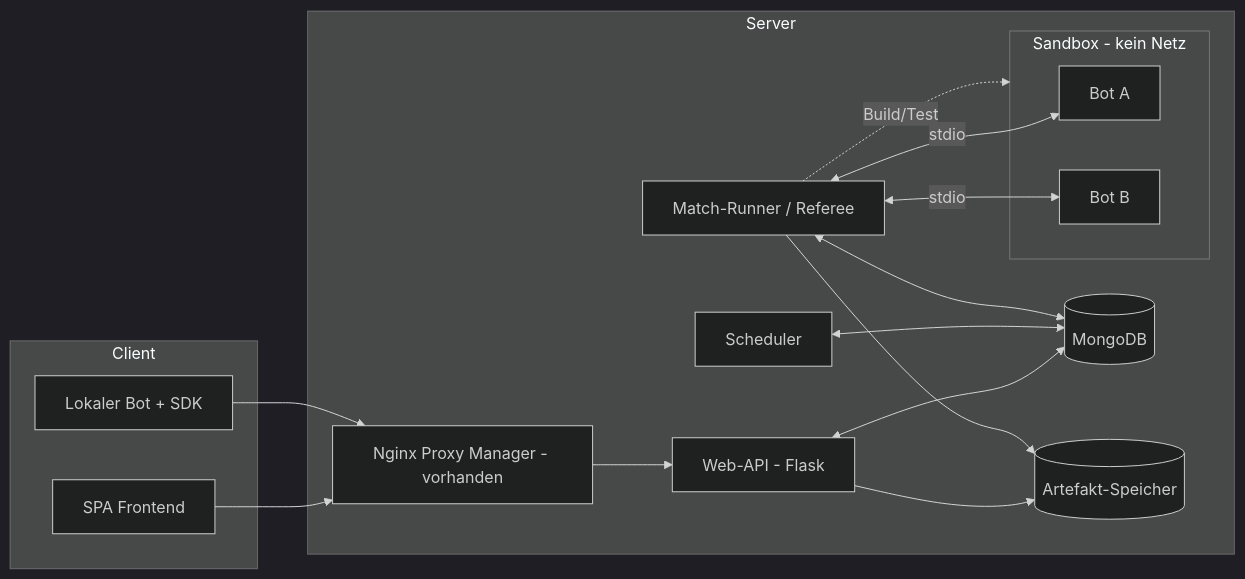
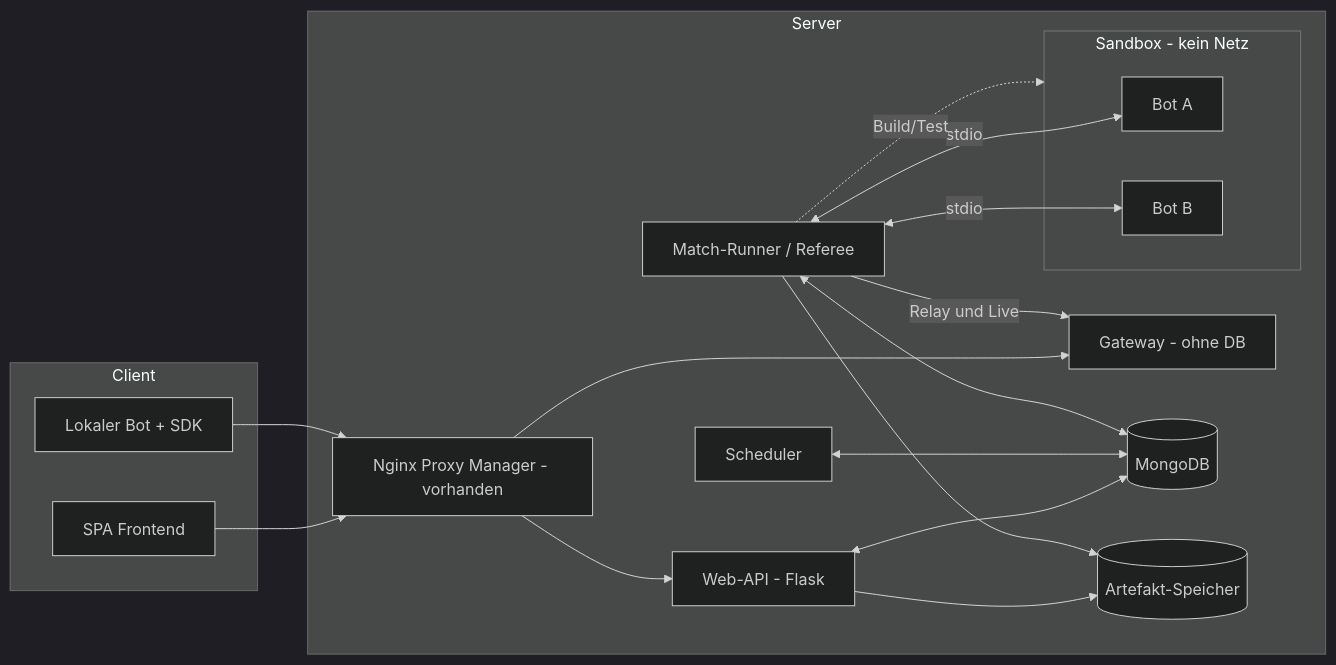
One commit to DevTGP/SchachBotManager changed the diagram in docs/architektur/systemuebersicht.md. Above: the diagram before and after it, drawn with Mermaid (dark theme). The commit also changed other lines of this file and 13 other files, not shown here.

Commit message:
Document M4 step 5: live channel over the gateway (E142)

````diff
--- a/docs/architektur/systemuebersicht.md
+++ b/docs/architektur/systemuebersicht.md
@@ -5,29 +5,32 @@
 ```mermaid
 flowchart LR
   subgraph Client
     SPA[SPA Frontend]
     LocalBot[Lokaler Bot + SDK]
   end
   subgraph Server[Server]
     Proxy[Nginx Proxy Manager - vorhanden]
     API[Web-API - Flask]
+    Gateway[Gateway - ohne DB]
     DB[(MongoDB)]
     Store[(Artefakt-Speicher)]
     Sched[Scheduler]
     Runner[Match-Runner / Referee]
     subgraph Sandbox[Sandbox - kein Netz]
       BotA[Bot A]
       BotB[Bot B]
     end
   end
   SPA --> Proxy --> API
   LocalBot --> Proxy
+  Proxy --> Gateway
+  Runner -->|Relay und Live| Gateway
   API <--> DB
   API --> Store
   Sched <--> DB
   Runner <--> DB
   Runner --> Store
   Runner <-- stdio --> BotA
   Runner <-- stdio --> BotB
   Runner -. Build/Test .-> Sandbox
 ```
````
